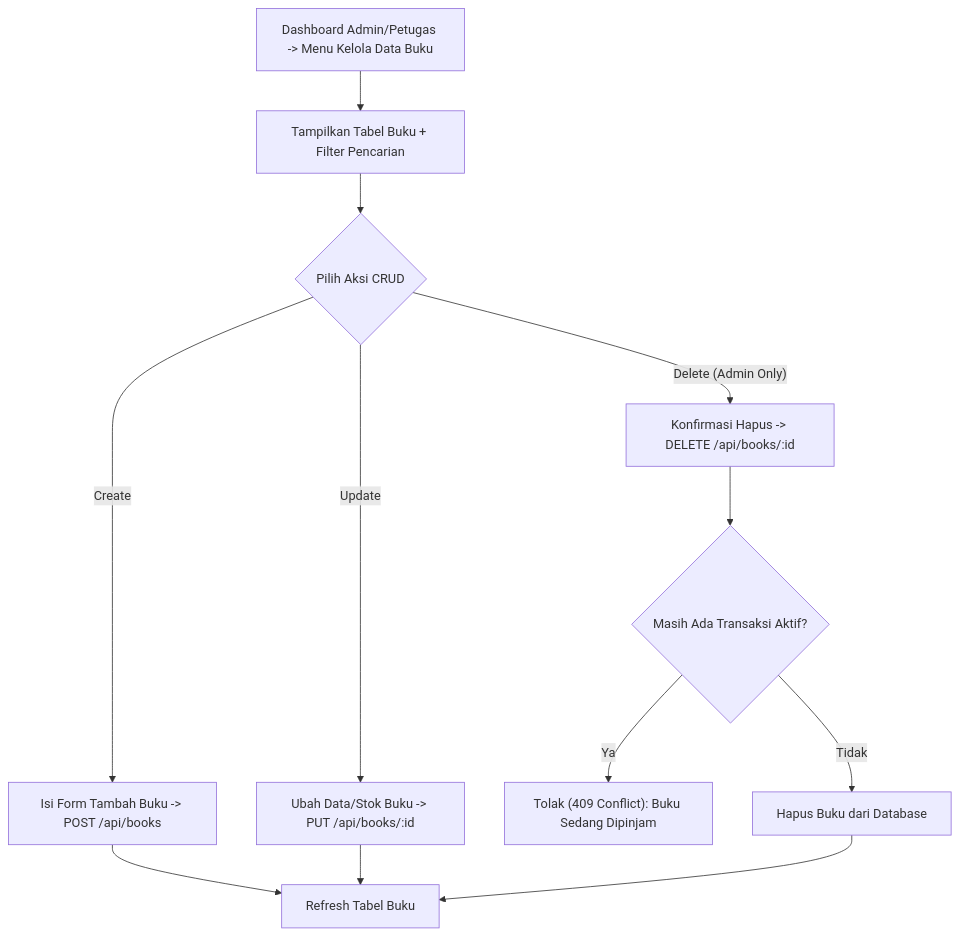
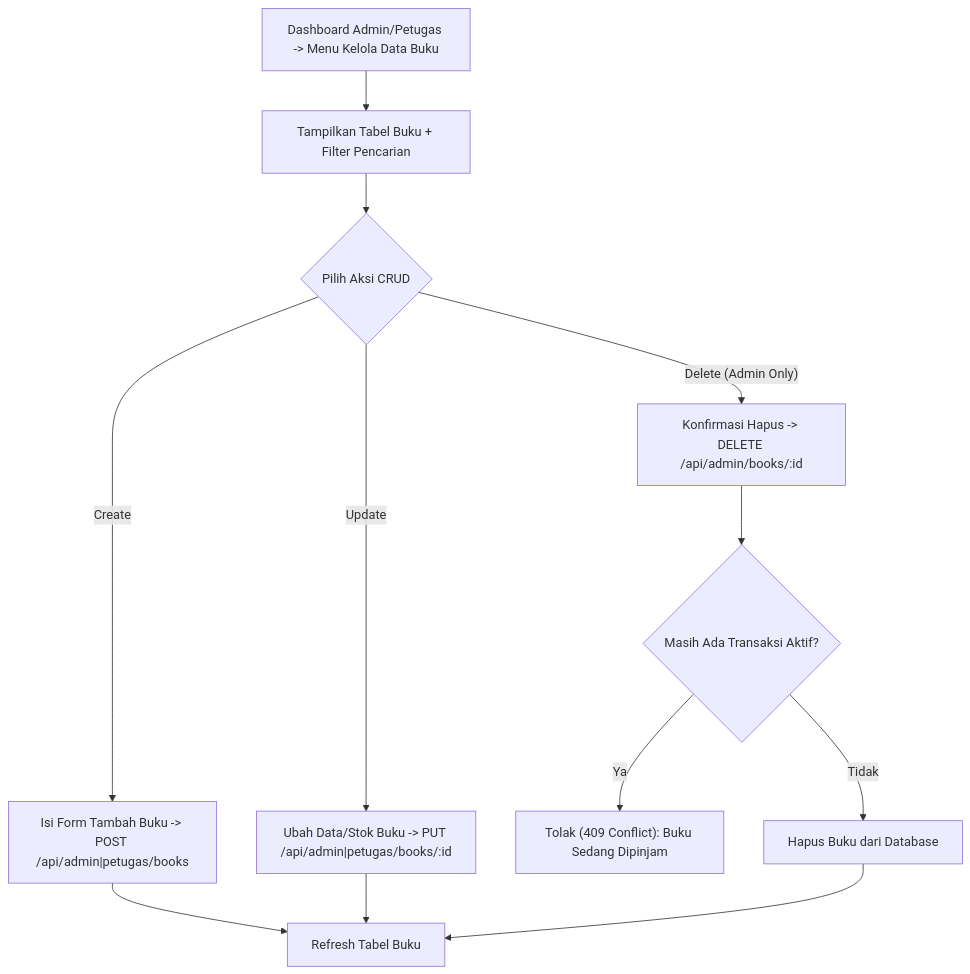
One commit to ardenpratamamaskuri404/Denvora-Lexora-App changed the fifth of 7 diagrams in docs/planning/USER-FLOW.md. Above: the diagram before and after it, drawn with Mermaid. The commit also changed other lines of this file and 5 other files, not shown here.

````diff
--- a/docs/planning/USER-FLOW.md
+++ b/docs/planning/USER-FLOW.md
@@ -124,14 +124,14 @@
 ```mermaid
 flowchart TD
     A["Dashboard Admin/Petugas -> Menu Kelola Data Buku"] --> B["Tampilkan Tabel Buku + Filter Pencarian"]
     B --> C{"Pilih Aksi CRUD"}
-    C -->|"Create"| D["Isi Form Tambah Buku -> POST /api/books"]
-    C -->|"Update"| E["Ubah Data/Stok Buku -> PUT /api/books/:id"]
-    C -->|"Delete (Admin Only)"| F["Konfirmasi Hapus -> DELETE /api/books/:id"]
+    C -->|"Create"| D["Isi Form Tambah Buku -> POST /api/admin|petugas/books"]
+    C -->|"Update"| E["Ubah Data/Stok Buku -> PUT /api/admin|petugas/books/:id"]
+    C -->|"Delete (Admin Only)"| F["Konfirmasi Hapus -> DELETE /api/admin/books/:id"]
     F --> G{"Masih Ada Transaksi Aktif?"}
     G -->|"Ya"| H["Tolak (409 Conflict): Buku Sedang Dipinjam"]
     G -->|"Tidak"| I["Hapus Buku dari Database"]
     D --> J["Refresh Tabel Buku"]
     E --> J
     I --> J
 ```
````
